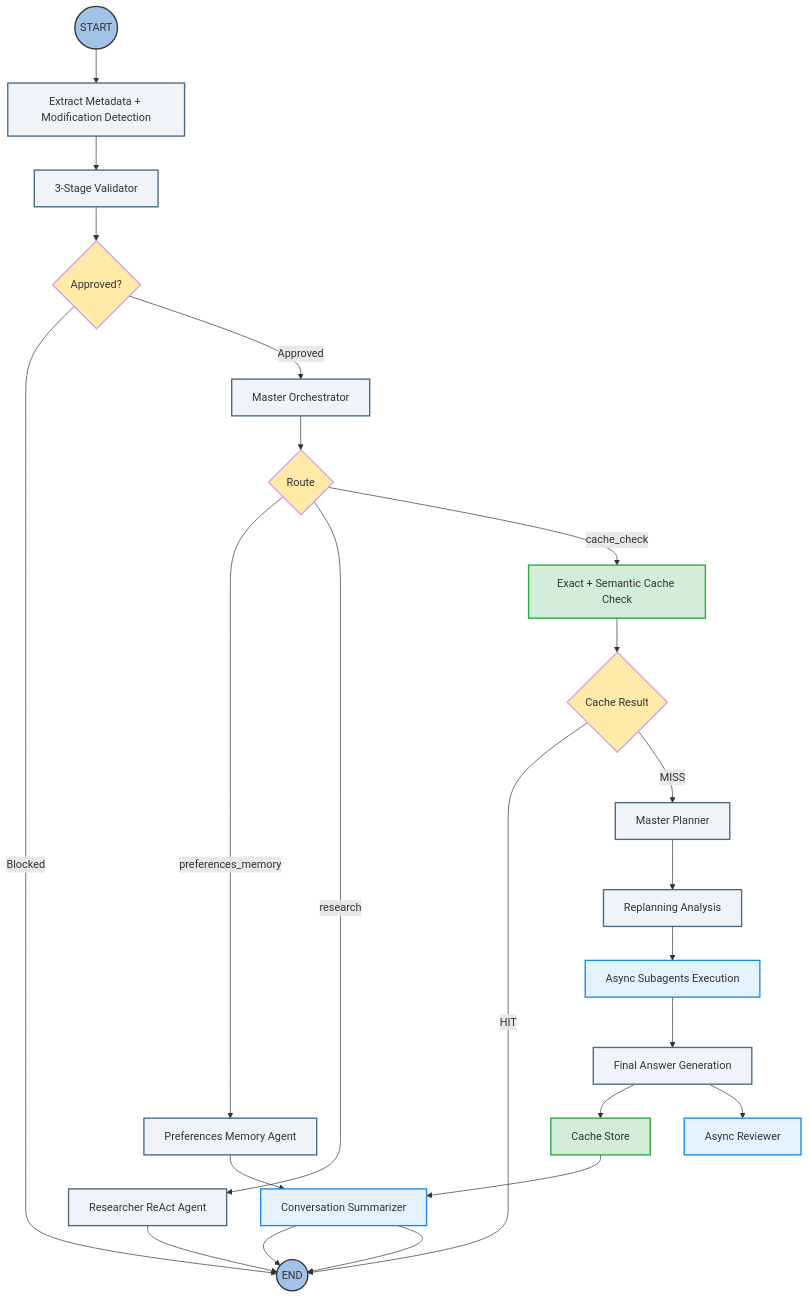
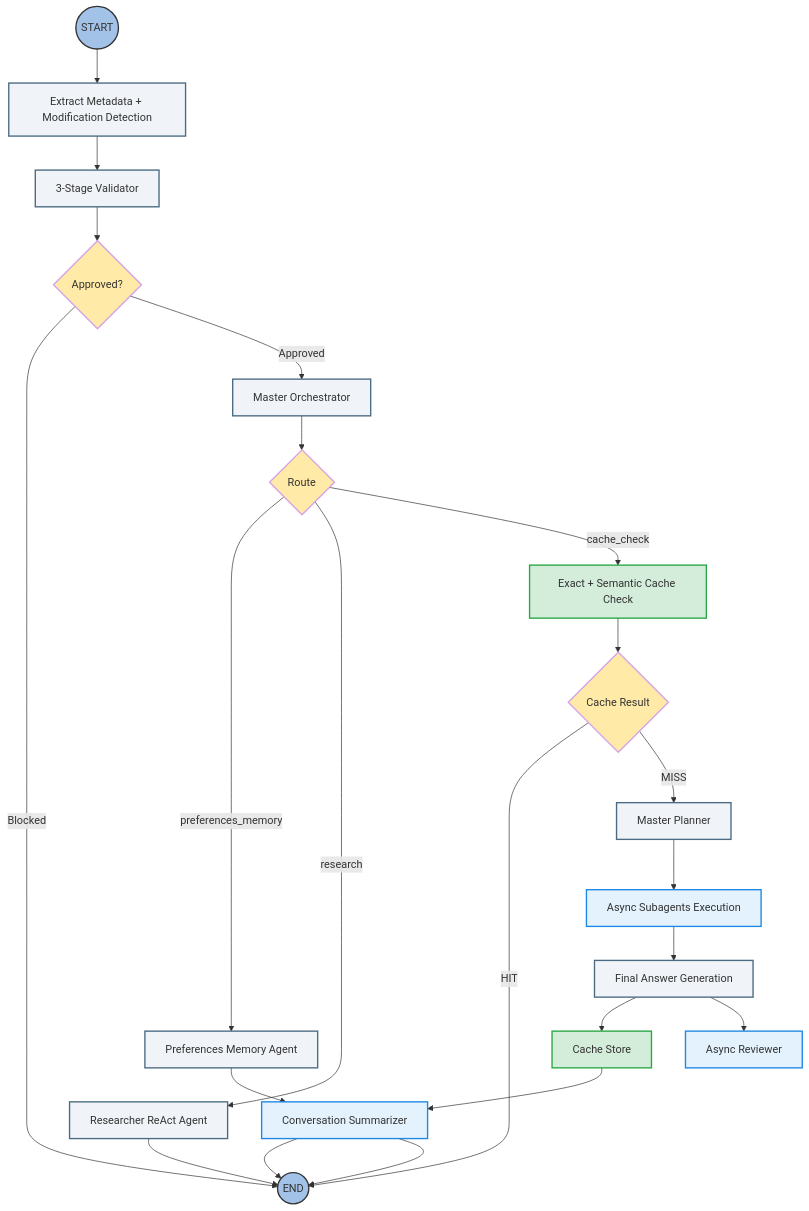
Before and after one commit to eladdamti100/travel-agent: the diagram in GRAPHS.md, drawn with Mermaid.

Commit message:
Remove Replanning Analysis from graph flow

````diff
--- a/GRAPHS.md
+++ b/GRAPHS.md
@@ -6,69 +6,67 @@
 ```mermaid
 graph TD
 
     classDef startEnd fill:#A2C2E8,stroke:#333,stroke-width:2px,rx:10px,ry:10px;
     classDef process fill:#F0F4F8,stroke:#4A6B82,stroke-width:2px;
     classDef router fill:#FFEAA7,stroke:#D6A2E8,stroke-width:2px;
     classDef cache fill:#D4EDDA,stroke:#28A745,stroke-width:2px;
     classDef async fill:#E3F2FD,stroke:#1E88E5,stroke-width:2px;
     classDef hitl fill:#FFF3CD,stroke:#FFC107,stroke-width:2px;
 
     START((START)):::startEnd
 
     EXTRACT[Extract Metadata + Modification Detection]:::process
     VALIDATOR[3-Stage Validator]:::process
     VALID_ROUTE{Approved?}:::router
 
     ORCH[Master Orchestrator]:::process
     ORCH_ROUTE{Route}:::router
 
     PREFS[Preferences Memory Agent]:::process
     RESEARCHER[Researcher ReAct Agent]:::process
 
     CACHE_CHECK[Exact + Semantic Cache Check]:::cache
     CACHE_ROUTE{Cache Result}:::router
 
     PLANNER[Master Planner]:::process
-    REPLAN[Replanning Analysis]:::process
     SUBAGENTS[Async Subagents Execution]:::async
 
     FINAL[Final Answer Generation]:::process
 
     CACHE_STORE[Cache Store]:::cache
     SUMMARIZER[Conversation Summarizer]:::async
     REVIEWER[Async Reviewer]:::async
 
     END((END)):::startEnd
 
     START --> EXTRACT
     EXTRACT --> VALIDATOR
     VALIDATOR --> VALID_ROUTE
 
     VALID_ROUTE -- Blocked --> END
     VALID_ROUTE -- Approved --> ORCH
 
     ORCH --> ORCH_ROUTE
 
     ORCH_ROUTE -- preferences_memory --> PREFS
     ORCH_ROUTE -- research --> RESEARCHER
     ORCH_ROUTE -- cache_check --> CACHE_CHECK
 
     PREFS --> SUMMARIZER --> END
 
     RESEARCHER --> END
 
     CACHE_CHECK --> CACHE_ROUTE
 
     CACHE_ROUTE -- HIT --> END
     CACHE_ROUTE -- MISS --> PLANNER
 
-    PLANNER --> REPLAN
-    REPLAN --> SUBAGENTS
+    PLANNER --> SUBAGENTS
     SUBAGENTS --> FINAL
 
     FINAL --> CACHE_STORE
     FINAL --> REVIEWER
     CACHE_STORE --> SUMMARIZER
 
     SUMMARIZER --> END
 ```
````
